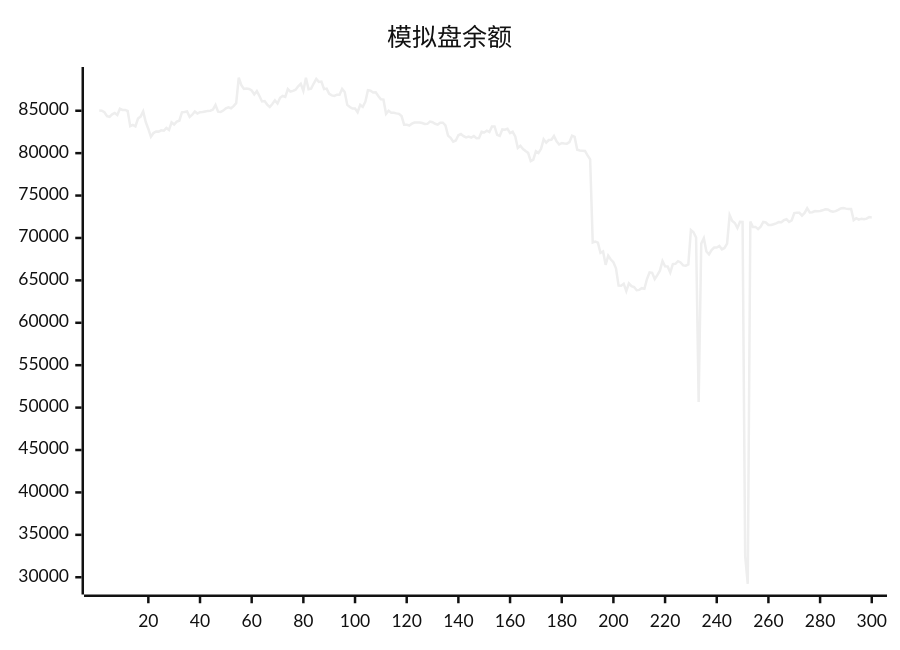
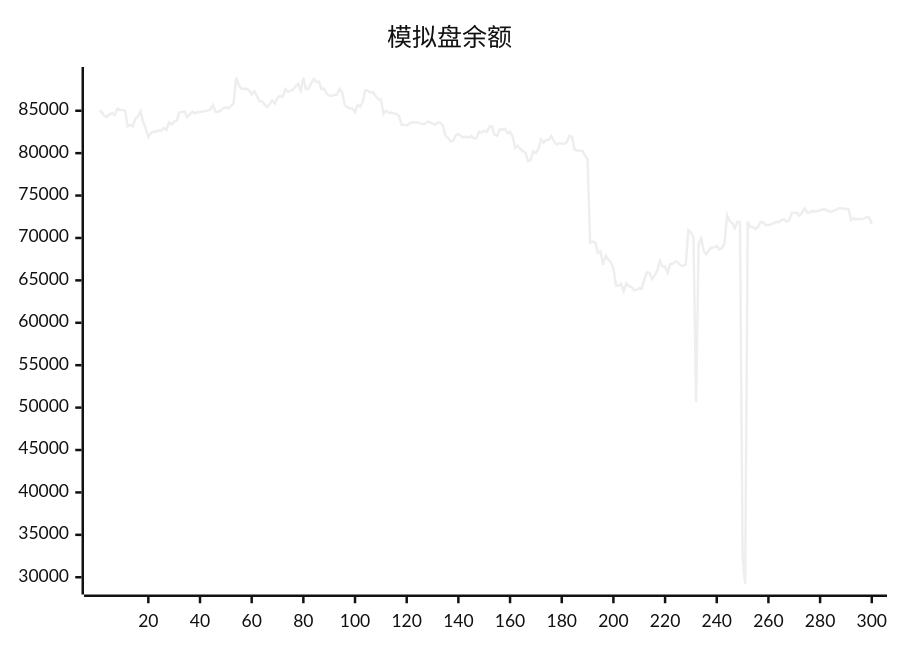
One commit to aahl/ai-trading changed the diagram in README.md. Above: the diagram before and after it, drawn with Mermaid (neutral theme). The commit also changed other lines of this file and 1 other file, not shown here.

````diff
--- a/README.md
+++ b/README.md
@@ -5,5 +5,5 @@
 ```mermaid
 xychart
     title "模拟盘余额"
-    line [85016,85008,84824,84354,84287,84572,84745,84500,85234,85096,85095,84970,83180,83338,83157,84070,84309,84922,83667,82850,81924,82369,82552,82539,82695,82648,82962,82728,83619,83378,83710,83825,84819,84854,84917,84265,84527,84919,84668,84834,84850,84916,84981,85004,85131,85674,84891,84864,85019,85284,85393,85294,85538,85894,88904,88012,87567,87625,87568,87386,86920,87313,86737,86094,86143,85725,85437,85787,86219,85859,86526,86740,86630,87563,87264,87335,87483,87886,88180,87335,88894,87544,87608,88207,88755,88401,88444,87543,87608,87000,86810,86740,86894,86884,87576,87209,85686,85435,85251,85255,84820,85689,85453,86066,87420,87373,87161,87178,86740,86341,86315,84643,85012,84772,84768,84690,84635,84376,83360,83357,83259,83474,83608,83606,83602,83548,83440,83454,83724,83644,83464,83365,83590,83592,83275,82072,81806,81344,81492,82109,82254,82006,81848,81955,81829,82022,81769,81776,82522,82441,82656,82498,83144,83144,82150,82038,82797,82763,82872,82367,82536,81981,80612,80862,80484,80242,80034,79063,79245,80226,80016,80507,81625,81233,81544,81578,82016,81401,81019,81186,81130,81118,81306,82066,81909,80392,80304,80291,80258,79729,79261,69466,69579,69456,68251,68415,66832,67911,67462,67144,66432,64380,64375,64606,63740,64647,64324,64216,63842,63877,64078,64008,65156,65945,65888,65157,65625,66144,67284,66653,66639,65924,66925,66956,67263,67108,66766,66729,66886,70927,70673,70049,50652,69334,69973,68400,68061,68578,68876,68879,69055,68662,68822,69329,72687,71999,71760,71162,71911,71896,32500,29218,71927,71297,71305,71044,71337,71883,71822,71536,71536,71622,71723,71880,71860,72100,72216,71887,72077,72940,72976,72966,72638,72948,73497,73004,73041,73173,73160,73186,73258,73375,73351,73173,73098,73161,73305,73474,73536,73457,73413,73412,72100,72333,72164,72272,72204,72285,72461,72421]
+    line [85008,84824,84354,84287,84572,84745,84500,85234,85096,85095,84970,83180,83338,83157,84070,84309,84922,83667,82850,81924,82369,82552,82539,82695,82648,82962,82728,83619,83378,83710,83825,84819,84854,84917,84265,84527,84919,84668,84834,84850,84916,84981,85004,85131,85674,84891,84864,85019,85284,85393,85294,85538,85894,88904,88012,87567,87625,87568,87386,86920,87313,86737,86094,86143,85725,85437,85787,86219,85859,86526,86740,86630,87563,87264,87335,87483,87886,88180,87335,88894,87544,87608,88207,88755,88401,88444,87543,87608,87000,86810,86740,86894,86884,87576,87209,85686,85435,85251,85255,84820,85689,85453,86066,87420,87373,87161,87178,86740,86341,86315,84643,85012,84772,84768,84690,84635,84376,83360,83357,83259,83474,83608,83606,83602,83548,83440,83454,83724,83644,83464,83365,83590,83592,83275,82072,81806,81344,81492,82109,82254,82006,81848,81955,81829,82022,81769,81776,82522,82441,82656,82498,83144,83144,82150,82038,82797,82763,82872,82367,82536,81981,80612,80862,80484,80242,80034,79063,79245,80226,80016,80507,81625,81233,81544,81578,82016,81401,81019,81186,81130,81118,81306,82066,81909,80392,80304,80291,80258,79729,79261,69466,69579,69456,68251,68415,66832,67911,67462,67144,66432,64380,64375,64606,63740,64647,64324,64216,63842,63877,64078,64008,65156,65945,65888,65157,65625,66144,67284,66653,66639,65924,66925,66956,67263,67108,66766,66729,66886,70927,70673,70049,50652,69334,69973,68400,68061,68578,68876,68879,69055,68662,68822,69329,72687,71999,71760,71162,71911,71896,32500,29218,71927,71297,71305,71044,71337,71883,71822,71536,71536,71622,71723,71880,71860,72100,72216,71887,72077,72940,72976,72966,72638,72948,73497,73004,73041,73173,73160,73186,73258,73375,73351,73173,73098,73161,73305,73474,73536,73457,73413,73412,72100,72333,72164,72272,72204,72285,72461,72421,71652]
 ```
````
